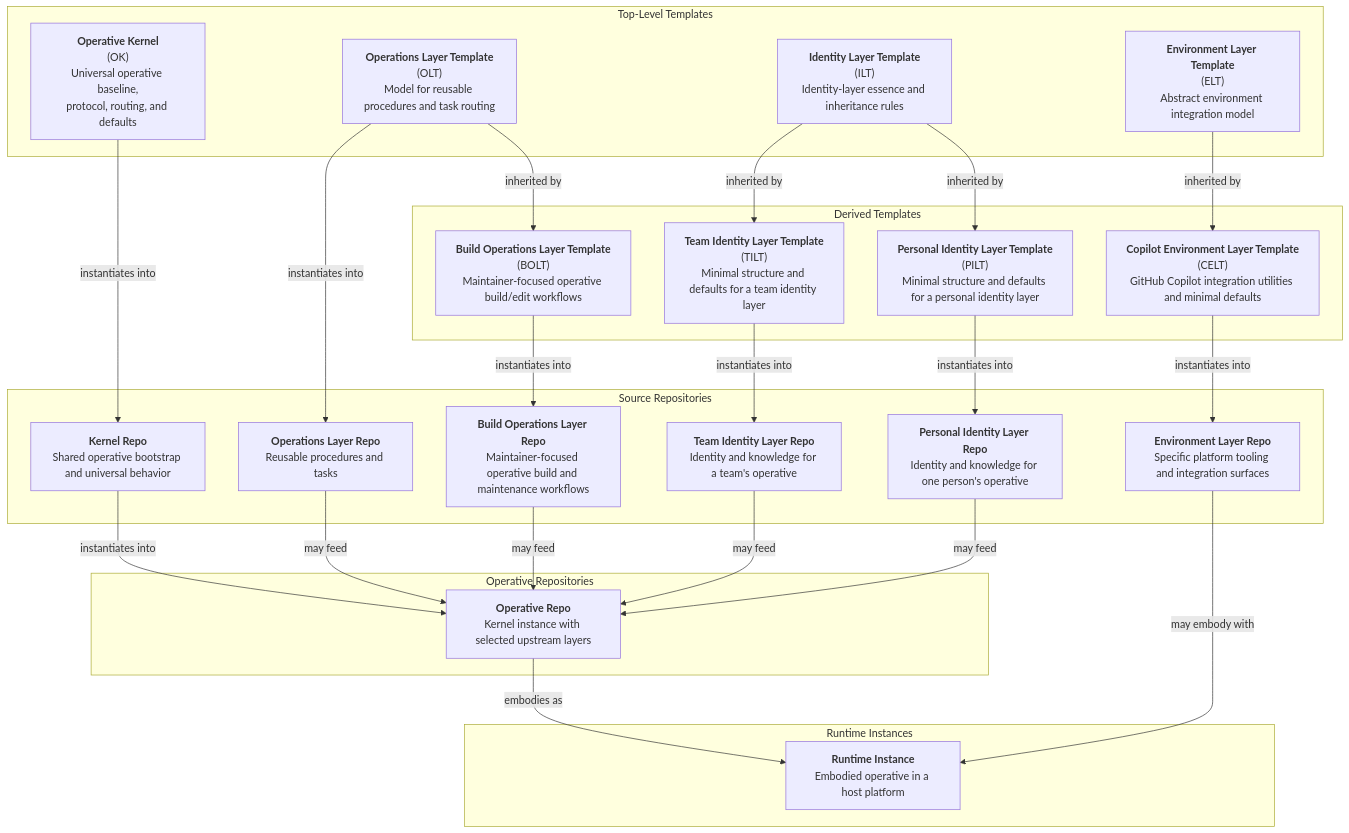
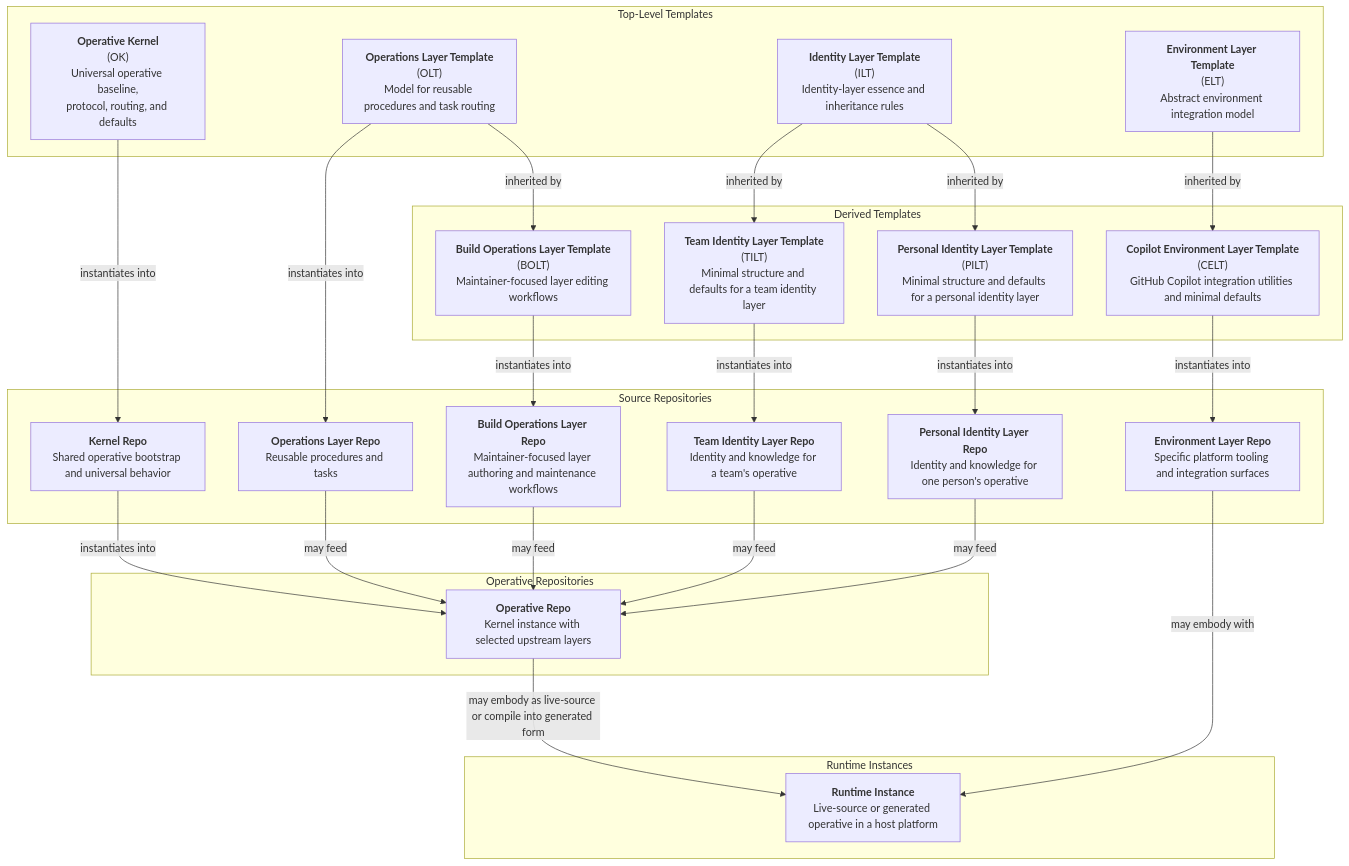
The diagram in ARCHITECTURE.md (jack-indaboks/ai-operative-system), drawn with Mermaid before and after one commit. The commit also changed other lines of this file and 2 other files, not shown here.

Commit message:
assemble vs build

````diff
--- a/ARCHITECTURE.md
+++ b/ARCHITECTURE.md
@@ -17,55 +19,54 @@
 ```mermaid
 flowchart TD
 
    subgraph TopLevelTemplates[Top-Level Templates]
       OK["<b>Operative Kernel</b><br>(OK)<br>Universal operative baseline,<br>protocol, routing, and defaults"]
       OLT["<b>Operations Layer Template</b><br>(OLT)<br>Model for reusable procedures and task routing"]
       ILT["<b>Identity Layer Template</b><br>(ILT)<br>Identity-layer essence and inheritance rules"]
       ELT["<b>Environment Layer Template</b><br>(ELT)<br>Abstract environment integration model"]
    end
 
    subgraph DerivedTemplates[Derived Templates]
-      BOLT["<b>Build&nbsp;Operations&nbsp;Layer&nbsp;Template</b><br>(BOLT)<br>Maintainer-focused operative build/edit workflows"]
+      BOLT["<b>Build&nbsp;Operations&nbsp;Layer&nbsp;Template</b><br>(BOLT)<br>Maintainer-focused layer editing workflows"]
       PILT["<b>Personal&nbsp;Identity&nbsp;Layer&nbsp;Template</b><br>(PILT)<br>Minimal structure and defaults for a personal identity layer"]
       TILT["<b>Team&nbsp;Identity&nbsp;Layer&nbsp;Template</b><br>(TILT)<br>Minimal structure and defaults for a team identity layer"]
       CELT["<b>Copilot&nbsp;Environment&nbsp;Layer&nbsp;Template</b><br>(CELT)<br>GitHub Copilot integration utilities and minimal defaults"]
    end
 
    subgraph SourceRepos[Source Repositories]
       KRR["<b>Kernel Repo</b><br>Shared operative bootstrap and universal behavior"]
       TIL["<b>Team Identity Layer Repo</b><br>Identity and knowledge for a team's operative"]
       PIL["<b>Personal Identity Layer Repo</b><br>Identity and knowledge for one person's operative"]
       ELR["<b>Environment Layer Repo</b><br>Specific platform tooling and integration surfaces"]
-      BOR["<b>Build Operations Layer Repo</b><br>Maintainer-focused operative build and maintenance workflows"]
+      BOR["<b>Build Operations Layer Repo</b><br>Maintainer-focused layer authoring and maintenance workflows"]
       OPR["<b>Operations Layer Repo</b><br>Reusable procedures and tasks"]
    end
 
    subgraph OperativeRepos[Operative Repositories]
       OPRT["<b>Operative Repo</b><br>Kernel instance with selected upstream layers"]
    end
 
    subgraph RuntimeLayer[Runtime Instances]
-      OP["<b>Runtime Instance</b><br>Embodied operative in a host platform"]
+      OP["<b>Runtime Instance</b><br>Live-source or generated operative in a host platform"]
    end
 
    OK -->|instantiates into| KRR
    ILT -->|inherited by| PILT
    OLT -->|inherited by| BOLT
    ILT -->|inherited by| TILT
    ELT -->|inherited by| CELT
    OLT -->|instantiates into| OPR
 
    BOLT -->|instantiates into| BOR
    PILT -->|instantiates into| PIL
    TILT -->|instantiates into| TIL
    CELT -->|instantiates into| ELR
 
    KRR -->|instantiates into| OPRT
    BOR -->|may feed| OPRT
    PIL -->|may feed| OPRT
    TIL -->|may feed| OPRT
    OPR -->|may feed| OPRT
+   OPRT -->|may embody as live-source or compile into generated form| OP
    ELR -->|may embody with| OP
-
-   OPRT -->|embodies as| OP
 ```
````
